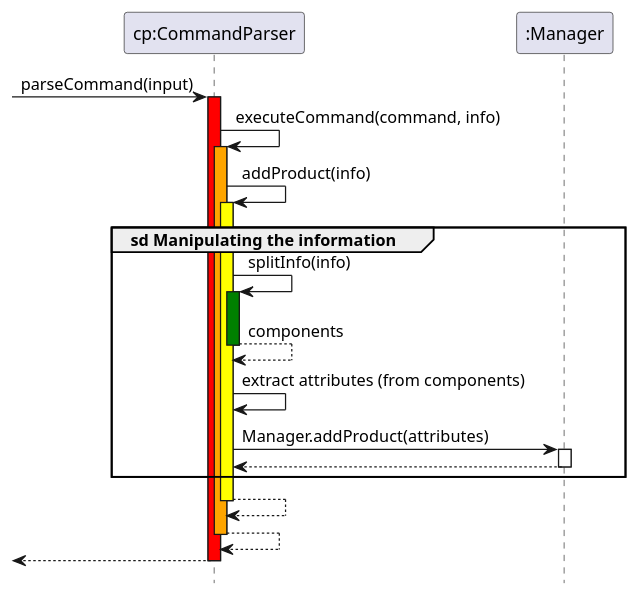
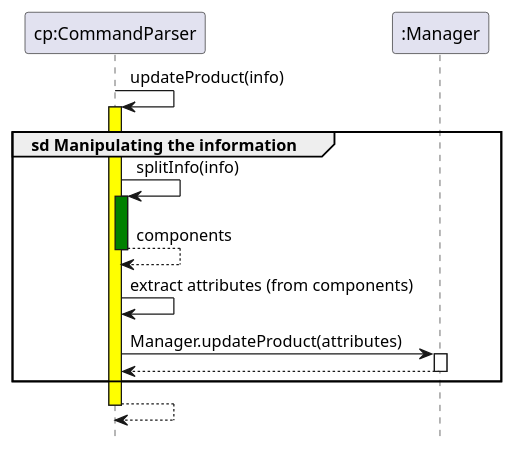
Before and after one commit to AY2425S2-CS2113-F11-1/tp: the diagram in docs/diagrams/CommandParser_Ref3.puml, drawn with PlantUML. The commit also changed 3 other files, not shown here.

```diff
--- a/docs/diagrams/CommandParser_Ref3.puml
+++ b/docs/diagrams/CommandParser_Ref3.puml
@@ -1,26 +1,23 @@
 @startuml
 hide footbox
 skinparam sequenceReferenceBackgroundColor #
 
 participant "cp:CommandParser" as cp
 participant ":Manager" as m
 
--> cp ++ #red : parseCommand(input)
-cp -> cp ++ #orange : executeCommand(command, info)
-cp -> cp ++ #yellow : addProduct(info)
+cp -> cp ++ #yellow : updateProduct(info)
 
 group sd Manipulating the information
     cp -> cp ++ #green : splitInfo(info)
     return components
 
     cp -> cp : extract attributes (from components)
 
-    cp -> m ++ : Manager.addProduct(attributes)
+    cp -> m ++ : Manager.updateProduct(attributes)
+
     return
 end
 
 return
-return
-return
 
 @enduml
```
